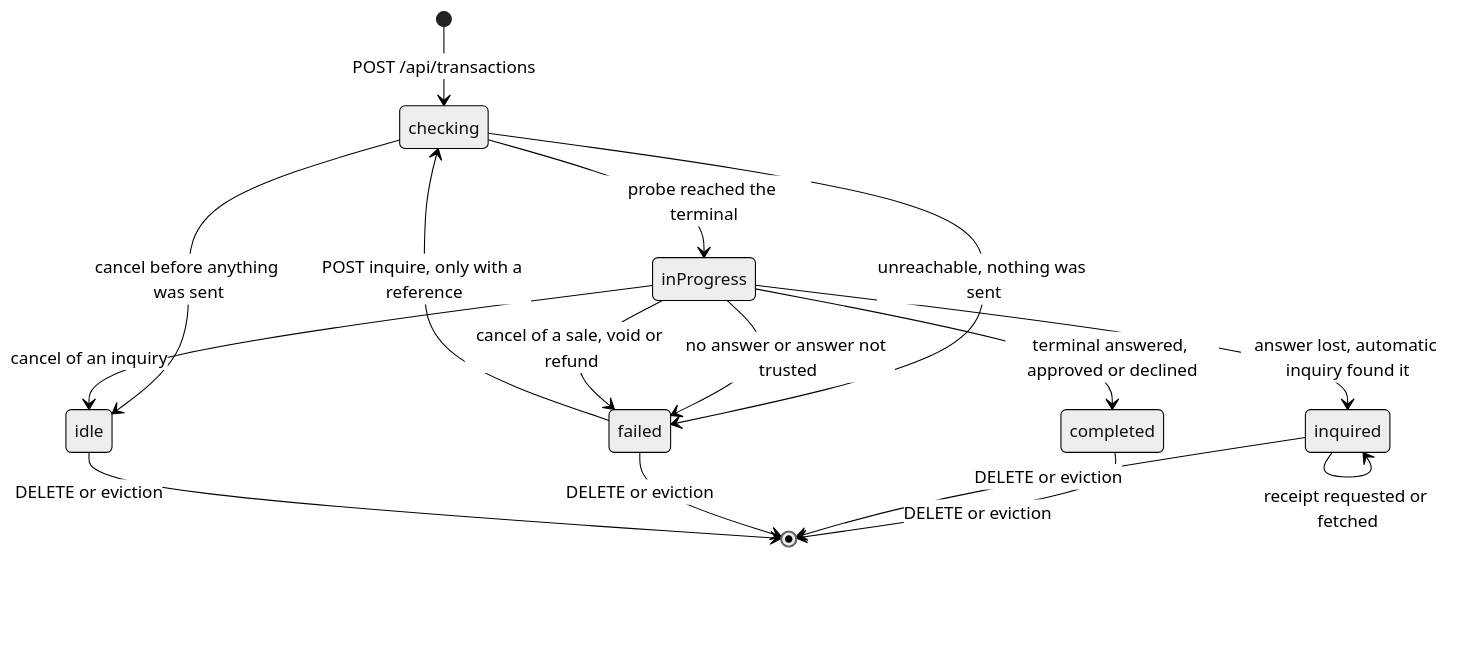
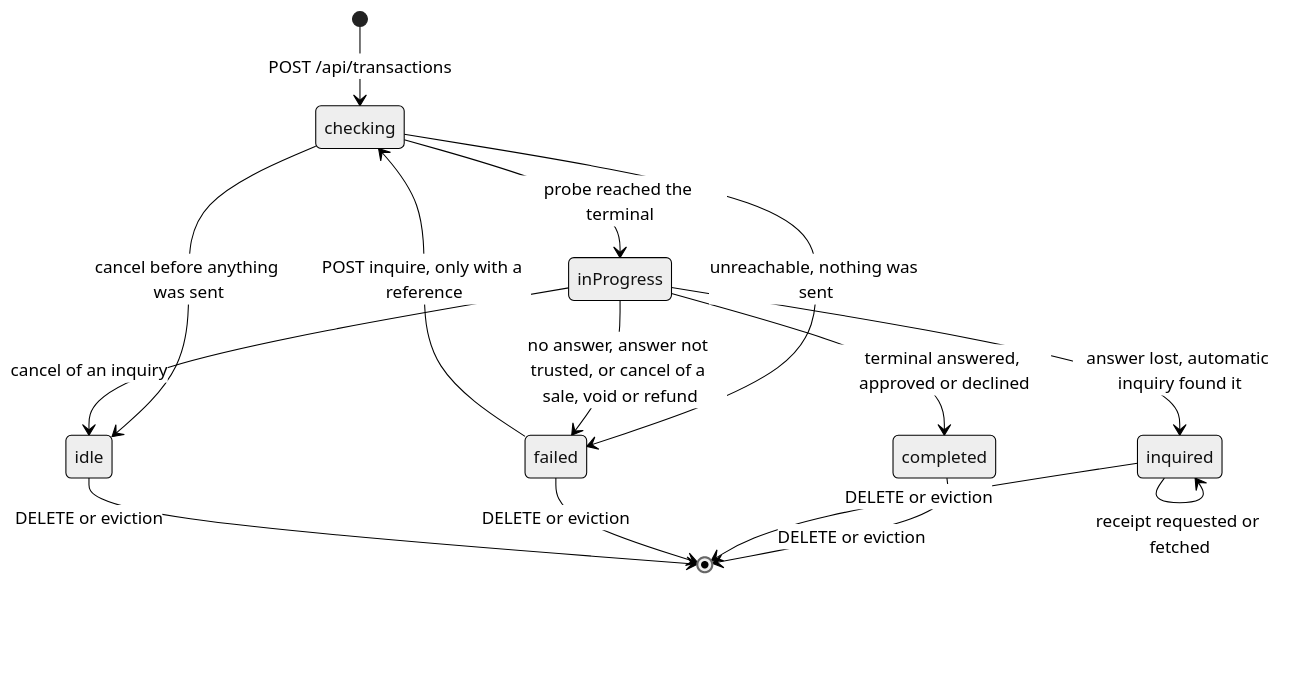
One commit to amwal-pay/AmwalpayEcrWindowsExample changed the second of 3 diagrams in AmwalECR-Web-Example/docs/implementation.md. Above: the diagram before and after it, drawn with Mermaid (neutral theme). The commit also changed other lines of this file and 28 other files, not shown here.

````diff
--- a/AmwalECR-Web-Example/docs/implementation.md
+++ b/AmwalECR-Web-Example/docs/implementation.md
@@ -303,18 +196,17 @@
 ```mermaid
 stateDiagram-v2
   [*] --> checking : POST /api/transactions
   checking --> inProgress : probe reached the terminal
   checking --> failed : unreachable, nothing was sent
   checking --> idle : cancel before anything was sent
   inProgress --> completed : terminal answered, approved or declined
   inProgress --> inquired : answer lost, automatic inquiry found it
-  inProgress --> failed : no answer or answer not trusted
-  inProgress --> failed : cancel of a sale, void or refund
+  inProgress --> failed : no answer, answer not trusted, or cancel of a sale, void or refund
   inProgress --> idle : cancel of an inquiry
   failed --> checking : POST inquire, only with a reference
   inquired --> inquired : receipt requested or fetched
   completed --> [*] : DELETE or eviction
   inquired --> [*] : DELETE or eviction
   failed --> [*] : DELETE or eviction
   idle --> [*] : DELETE or eviction
 ```
````
